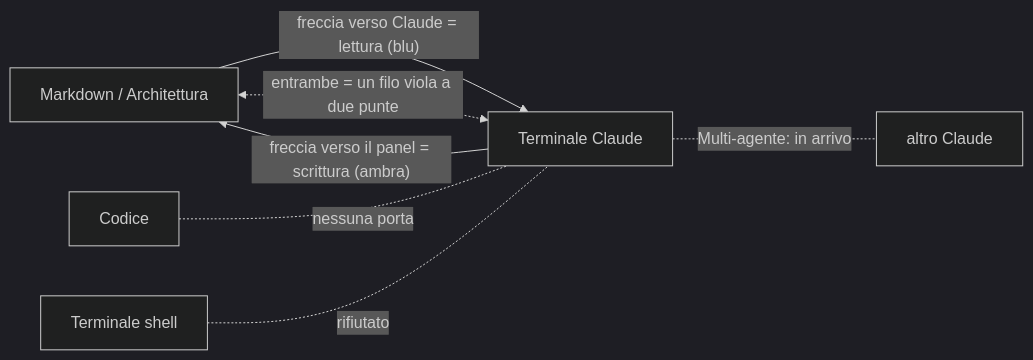
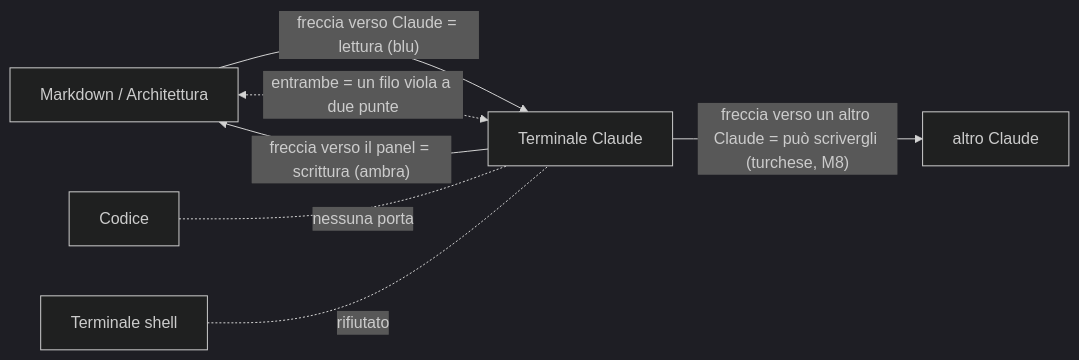
Before and after one commit to Marco-Pagnanini/OpenPlancia: the ninth of 18 diagrams in ARCHITECTURE.md, drawn with Mermaid (dark theme). The commit also changed other lines of this file and 28 other files, not shown here.

````diff
--- a/ARCHITECTURE.md
+++ b/ARCHITECTURE.md
@@ -324,9 +328,9 @@
 ```mermaid
 flowchart LR
   MDp["Markdown / Architettura"] -- "freccia verso Claude = lettura (blu)" --> CC["Terminale Claude"]
   CC -- "freccia verso il panel = scrittura (ambra)" --> MDp
   MDp <-. "entrambe = un filo viola a due punte" .-> CC
   X1["Codice"] -. "nessuna porta" .- CC
   X2["Terminale shell"] -. "rifiutato" .- CC
-  CC -. "Multi-agente: in arrivo" .- CC2["altro Claude"]
+  CC -- "freccia verso un altro Claude = può scrivergli (turchese, M8)" --> CC2["altro Claude"]
 ```
````
